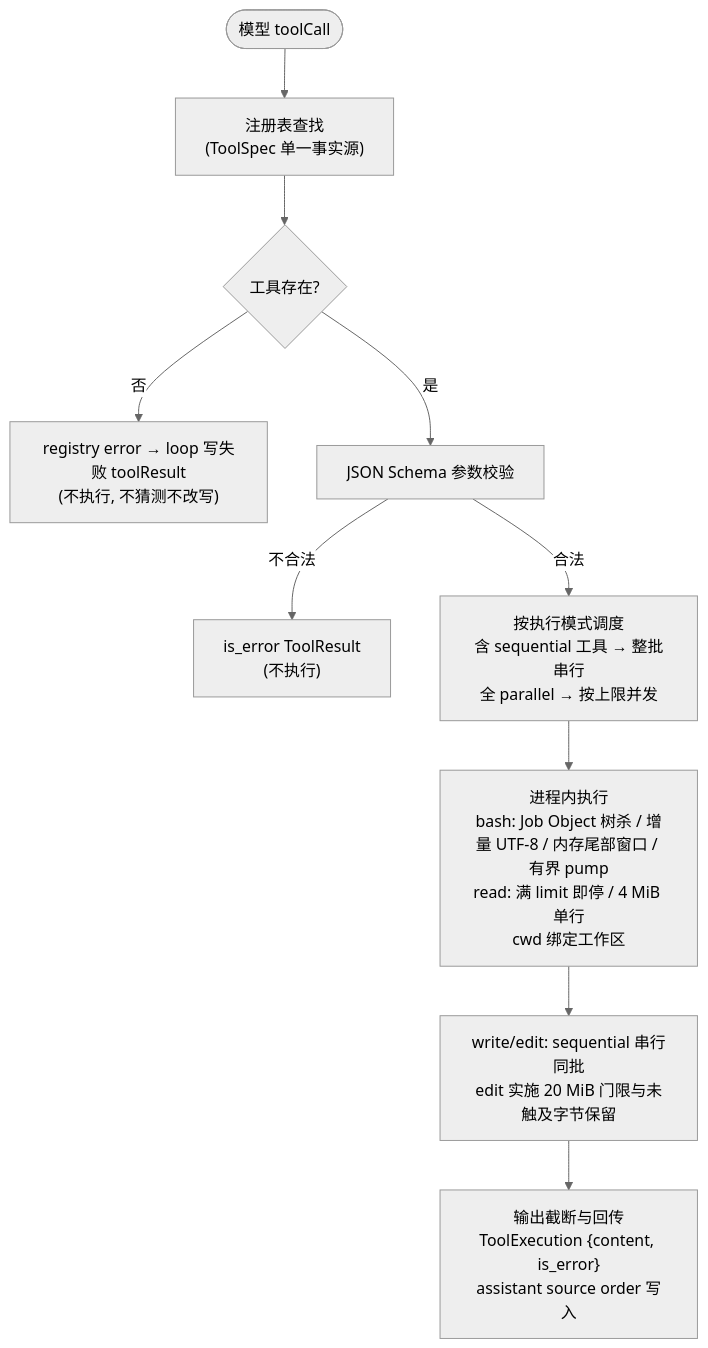
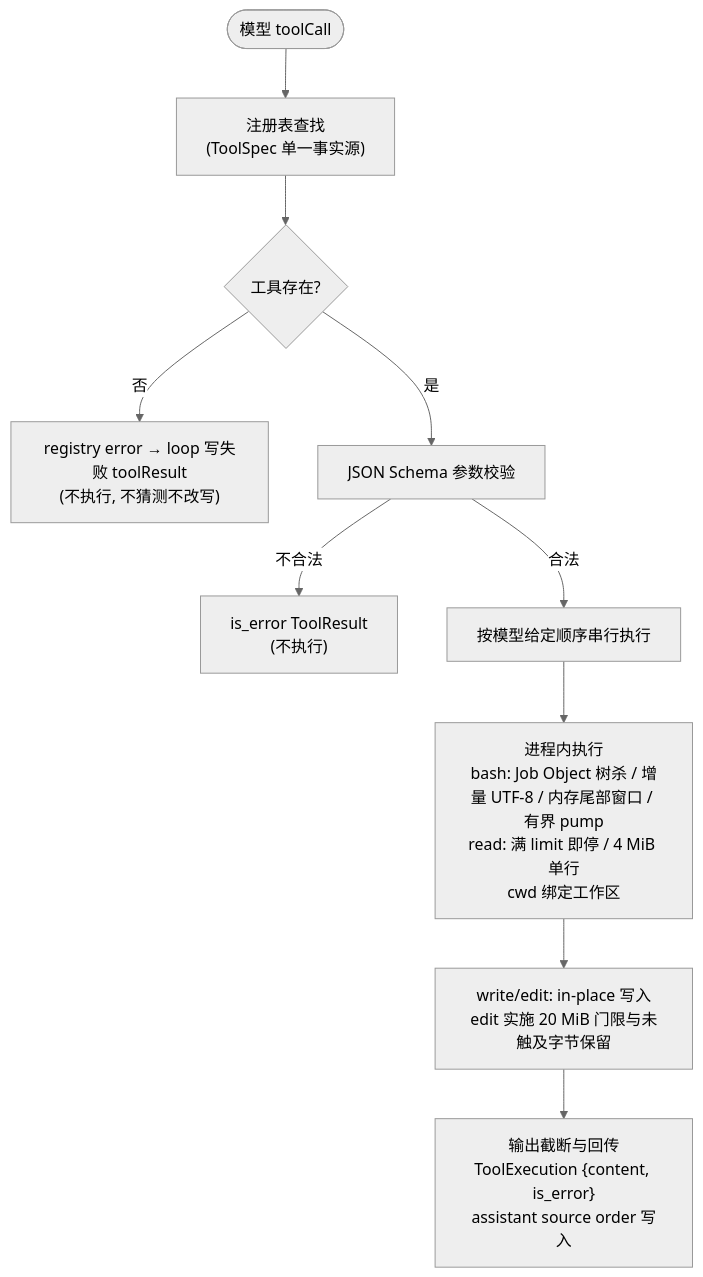
Before and after one commit to qjcnmd/singularity-agent: the fourth of 7 diagrams in docs/singularity.md, drawn with Mermaid (neutral theme). The commit also changed other lines of this file and 19 other files, not shown here.

````diff
--- a/docs/singularity.md
+++ b/docs/singularity.md
@@ -163,12 +163,12 @@
 ```mermaid
 flowchart TD
     A(["模型 toolCall"]) --> B["注册表查找<br/>(ToolSpec 单一事实源)"]
     B --> C{"工具存在?"}
     C -- 否 --> R1["registry error → loop 写失败 toolResult<br/>(不执行, 不猜测不改写)"]
     C -- 是 --> D["JSON Schema 参数校验"]
     D -- "不合法" --> R2["is_error ToolResult<br/>(不执行)"]
-    D -- "合法" --> F1["按执行模式调度<br/>含 sequential 工具 → 整批串行<br/>全 parallel → 按上限并发"]
+    D -- "合法" --> F1["按模型给定顺序串行执行"]
     F1 --> F["进程内执行<br/>bash: Job Object 树杀 / 增量 UTF-8 / 内存尾部窗口 / 有界 pump<br/>read: 满 limit 即停 / 4 MiB 单行<br/>cwd 绑定工作区"]
-    F --> G["write/edit: sequential 串行同批<br/>edit 实施 20 MiB 门限与未触及字节保留"]
+    F --> G["write/edit: in-place 写入<br/>edit 实施 20 MiB 门限与未触及字节保留"]
     G --> H["输出截断与回传<br/>ToolExecution {content, is_error}<br/>assistant source order 写入"]
 ```
````
